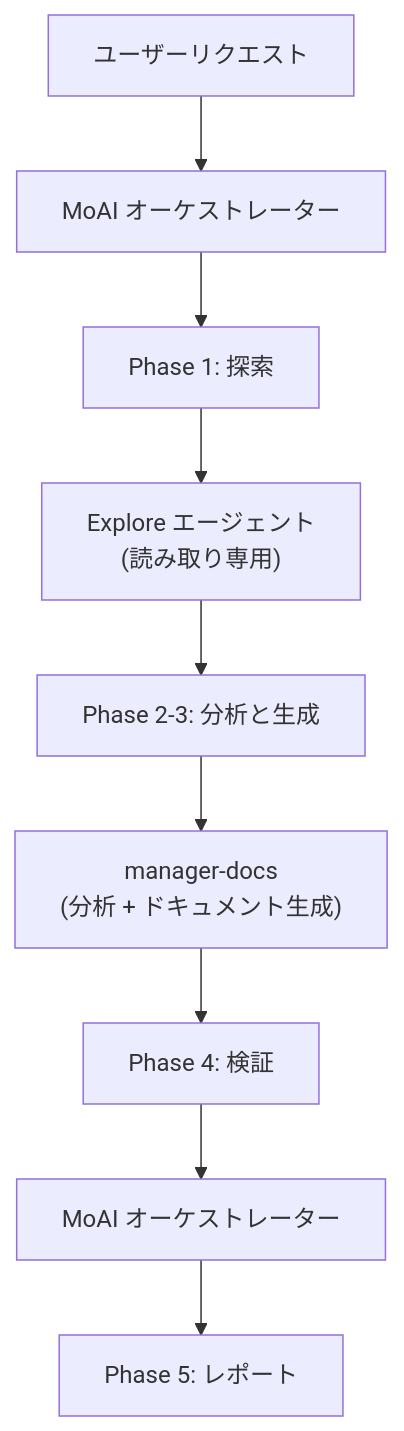
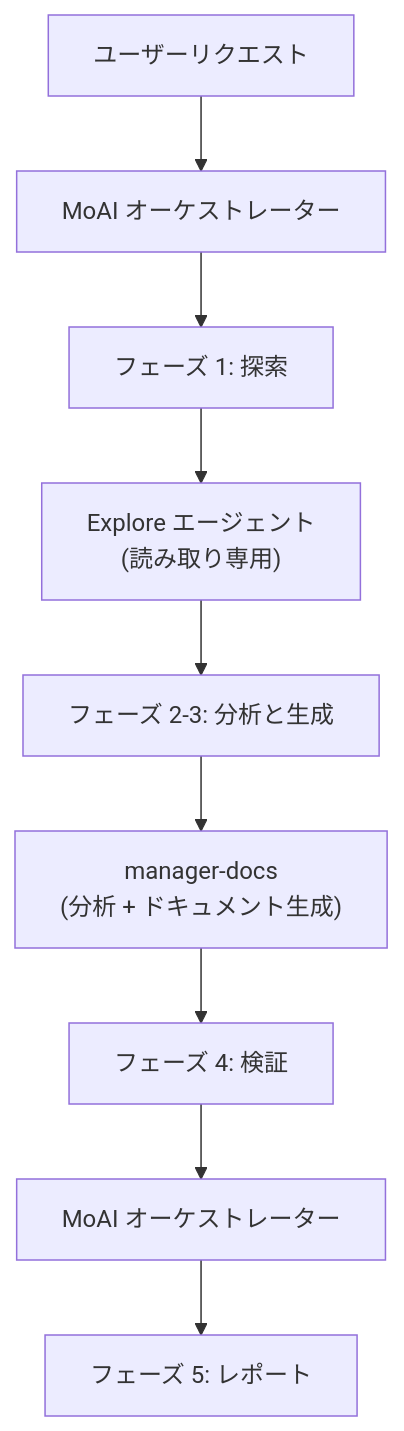
The second of 2 diagrams in docs-site/content/ja/quality-commands/moai-codemaps.md (modu-ai/moai-adk), drawn with Mermaid before and after one commit. The commit also changed other lines of this file and 395 other files, not shown here.

````diff
--- a/docs-site/content/ja/quality-commands/moai-codemaps.md
+++ b/docs-site/content/ja/quality-commands/moai-codemaps.md
@@ -182,14 +184,14 @@
 ```mermaid
 flowchart TD
     User["ユーザーリクエスト"] --> MoAI["MoAI オーケストレーター"]
-    MoAI --> Phase1["Phase 1: 探索"]
+    MoAI --> Phase1["フェーズ 1: 探索"]
     Phase1 --> Explore["Explore エージェント<br/>(読み取り専用)"]
 
-    Explore --> Phase23["Phase 2-3: 分析と生成"]
+    Explore --> Phase23["フェーズ 2-3: 分析と生成"]
     Phase23 --> Docs["manager-docs<br/>(分析 + ドキュメント生成)"]
 
-    Docs --> Phase4["Phase 4: 検証"]
+    Docs --> Phase4["フェーズ 4: 検証"]
     Phase4 --> MoAI2["MoAI オーケストレーター"]
 
-    MoAI2 --> Report["Phase 5: レポート"]
+    MoAI2 --> Report["フェーズ 5: レポート"]
 ```
````
